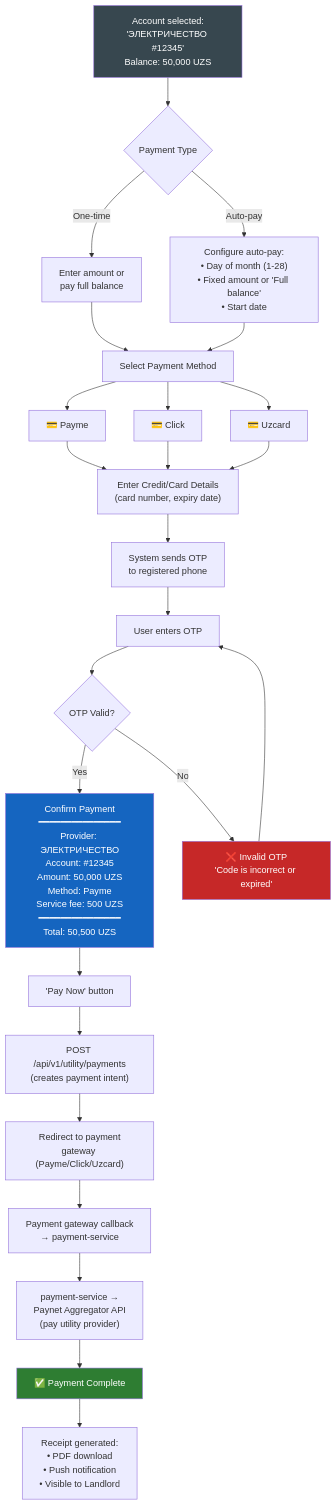
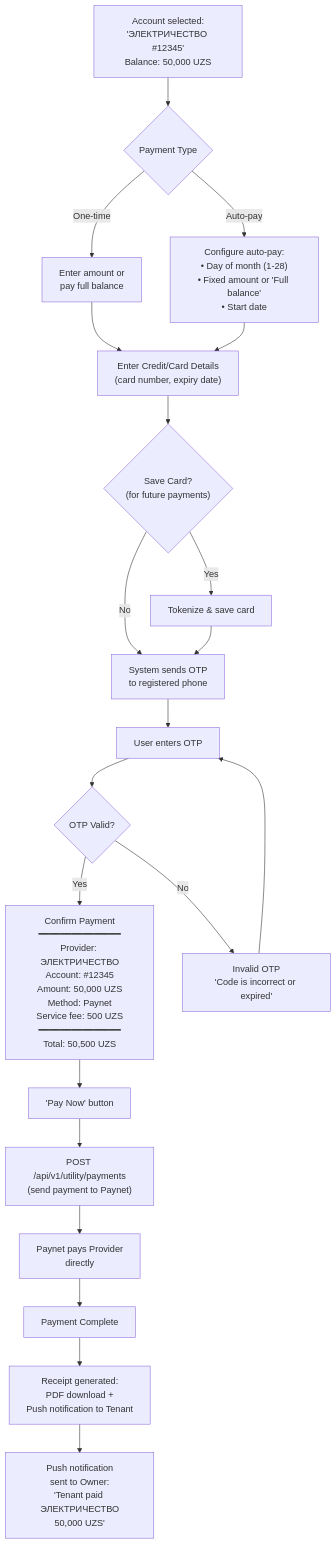
One commit to saodatm-dev/Utilities---Informational-Architecture changed the fifth of 14 diagrams in utilities-payment-userflow.md. Above: the diagram before and after it, drawn with Mermaid. The commit also changed other lines of this file and 12 other files, not shown here.

Commit message:
docs: Remove outdated informational architecture documents, update payment userflow, and add new images.

````diff
--- a/utilities-payment-userflow.md
+++ b/utilities-payment-userflow.md
@@ -183,43 +163,35 @@
 ```mermaid
 flowchart TD
     ACC["Account selected:<br/>'ЭЛЕКТРИЧЕСТВО #12345'<br/>Balance: 50,000 UZS"] --> TYPE{"Payment Type"}
 
     TYPE -->|"One-time"| AMOUNT["Enter amount or<br/>pay full balance"]
     TYPE -->|"Auto-pay"| SCHED["Configure auto-pay:<br/>• Day of month (1-28)<br/>• Fixed amount or 'Full balance'<br/>• Start date"]
 
-    AMOUNT --> METHOD
-    SCHED --> METHOD
-
-    METHOD["Select Payment Method"]
-    METHOD --> PAYME["💳 Payme"]
-    METHOD --> CLICK["💳 Click"]
-    METHOD --> UZCARD["💳 Uzcard"]
-
-    PAYME --> CARD_DETAILS
-    CLICK --> CARD_DETAILS
-    UZCARD --> CARD_DETAILS
+    AMOUNT --> CARD_DETAILS
+    SCHED --> CARD_DETAILS
 
     CARD_DETAILS["Enter Credit/Card Details<br/>(card number, expiry date)"]
-    CARD_DETAILS --> SEND_OTP["System sends OTP<br/>to registered phone"]
+
+    CARD_DETAILS --> SAVE_CARD{"Save Card?<br/>(for future payments)"}
+    SAVE_CARD -->|"Yes"| TOKENIZE["Tokenize & save card"]
+    SAVE_CARD -->|"No"| SEND_OTP
+    TOKENIZE --> SEND_OTP
+
+    SEND_OTP["System sends OTP<br/>to registered phone"]
     SEND_OTP --> ENTER_OTP["User enters OTP"]
     ENTER_OTP --> OTP_CHECK{"OTP Valid?"}
 
     OTP_CHECK -->|"Yes"| CONFIRM
-    OTP_CHECK -->|"No"| OTP_ERROR["❌ Invalid OTP<br/>'Code is incorrect or expired'"]
+    OTP_CHECK -->|"No"| OTP_ERROR["Invalid OTP<br/>'Code is incorrect or expired'"]
     OTP_ERROR --> ENTER_OTP
 
-    CONFIRM["Confirm Payment<br/>━━━━━━━━━━━━━━━<br/>Provider: ЭЛЕКТРИЧЕСТВО<br/>Account: #12345<br/>Amount: 50,000 UZS<br/>Method: Payme<br/>Service fee: 500 UZS<br/>━━━━━━━━━━━━━━━<br/>Total: 50,500 UZS"]
+    CONFIRM["Confirm Payment<br/>━━━━━━━━━━━━━━━<br/>Provider: ЭЛЕКТРИЧЕСТВО<br/>Account: #12345<br/>Amount: 50,000 UZS<br/>Method: Paynet<br/>Service fee: 500 UZS<br/>━━━━━━━━━━━━━━━<br/>Total: 50,500 UZS"]
 
     CONFIRM --> PAY["'Pay Now' button"]
-    PAY --> INTENT["POST /api/v1/utility/payments<br/>(creates payment intent)"]
-    INTENT --> REDIRECT["Redirect to payment<br/>gateway (Payme/Click/Uzcard)"]
-    REDIRECT --> CALLBACK["Payment gateway callback<br/>→ payment-service"]
-    CALLBACK --> DISBURSE["payment-service →<br/>Paynet Aggregator API<br/>(pay utility provider)"]
-    DISBURSE --> DONE["✅ Payment Complete"]
-    DONE --> RECEIPT["Receipt generated:<br/>• PDF download<br/>• Push notification<br/>• Visible to Landlord"]
+    PAY --> PAYNET_REQ["POST /api/v1/utility/payments<br/>(send payment to Paynet)"]
+    PAYNET_REQ --> PAYNET_PAY["Paynet pays Provider<br/>directly"]
+    PAYNET_PAY --> DONE["Payment Complete"]
+    DONE --> RECEIPT["Receipt generated:<br/>PDF download +<br/>Push notification to Tenant"]
+    RECEIPT --> NOTIFY_OWNER["Push notification<br/>sent to Owner:<br/>'Tenant paid ЭЛЕКТРИЧЕСТВО<br/>50,000 UZS'"]
 
-    style ACC fill:#37474F,color:#fff
-    style DONE fill:#2E7D32,color:#fff
-    style CONFIRM fill:#1565C0,color:#fff
-    style OTP_ERROR fill:#C62828,color:#fff
 ```
````
